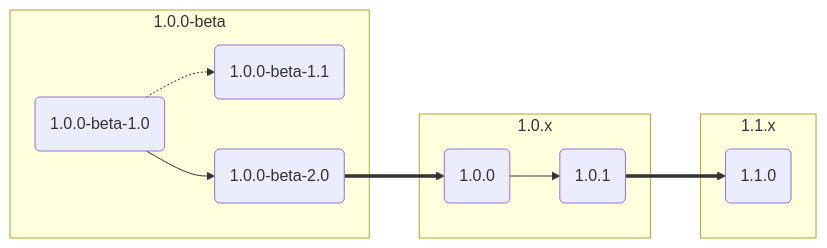
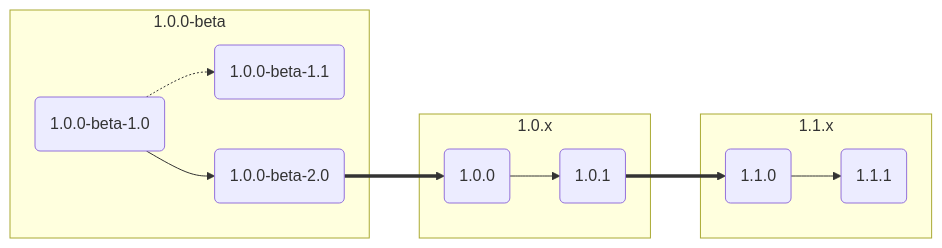
One commit to yusancky/yusancky_2022_summer_homework changed the diagram in README.md. Above: the diagram before and after it, drawn with Mermaid.

````diff
--- a/README.md
+++ b/README.md
@@ -7,21 +7,23 @@
 ```mermaid
 graph LR;
     subgraph 1.0.0-beta
     id1(1.0.0-beta-1.0);
     id2(1.0.0-beta-1.1);
     id3(1.0.0-beta-2.0);
     end
     subgraph 1.0.x
     id4(1.0.0);
     id5(1.0.1);
     end
     subgraph 1.1.x
     id6(1.1.0);
+    id7(1.1.1);
     end
     
     id1-.->id2;
     id1-->id3;
     id3==>id4;
     id4-->id5;
     id5==>id6;
+    id6-->id7;
 ```
````
